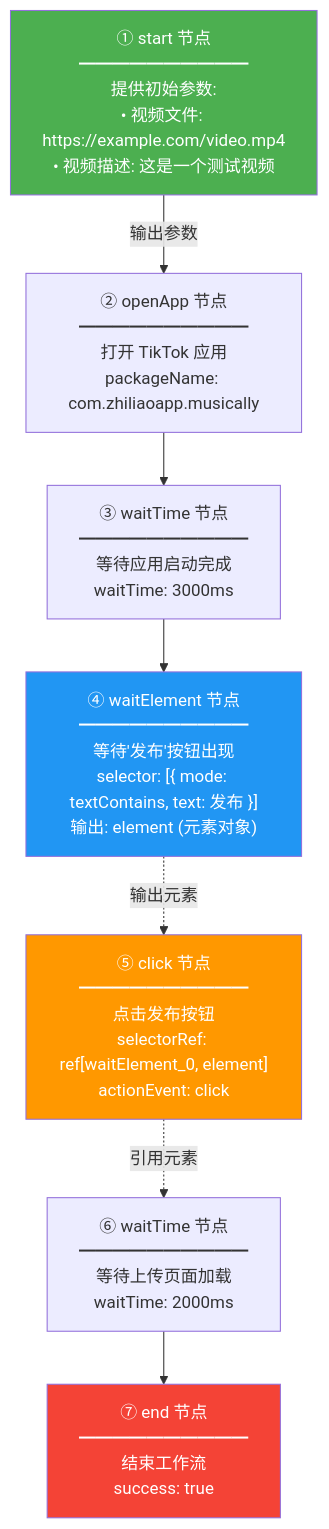
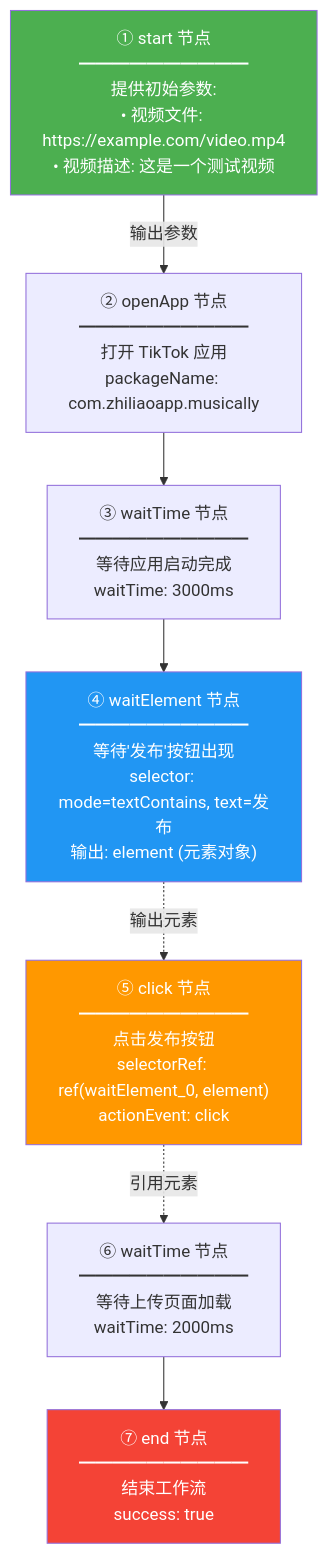
One commit to zhaotoday/flow changed the fifth of 11 diagrams in README1.md. Above: the diagram before and after it, drawn with Mermaid. The commit also changed other lines of this file, not shown here.

````diff
--- a/README1.md
+++ b/README1.md
@@ -284,28 +284,28 @@
 ```mermaid
 flowchart TD
     Start["① start 节点<br/>━━━━━━━━━━<br/>提供初始参数:<br/>• 视频文件: https://example.com/video.mp4<br/>• 视频描述: 这是一个测试视频"]
     
     OpenApp["② openApp 节点<br/>━━━━━━━━━━<br/>打开 TikTok 应用<br/>packageName: com.zhiliaoapp.musically"]
     
     Wait1["③ waitTime 节点<br/>━━━━━━━━━━<br/>等待应用启动完成<br/>waitTime: 3000ms"]
     
-    WaitElem["④ waitElement 节点<br/>━━━━━━━━━━<br/>等待'发布'按钮出现<br/>selector: [{ mode: textContains, text: 发布 }]<br/>输出: element (元素对象)"]
+    WaitElem["④ waitElement 节点<br/>━━━━━━━━━━<br/>等待'发布'按钮出现<br/>selector: mode=textContains, text=发布<br/>输出: element (元素对象)"]
     
-    Click["⑤ click 节点<br/>━━━━━━━━━━<br/>点击发布按钮<br/>selectorRef: ref[waitElement_0, element]<br/>actionEvent: click"]
+    Click["⑤ click 节点<br/>━━━━━━━━━━<br/>点击发布按钮<br/>selectorRef: ref(waitElement_0, element)<br/>actionEvent: click"]
     
     Wait2["⑥ waitTime 节点<br/>━━━━━━━━━━<br/>等待上传页面加载<br/>waitTime: 2000ms"]
     
     End["⑦ end 节点<br/>━━━━━━━━━━<br/>结束工作流<br/>success: true"]
     
     Start -->|输出参数| OpenApp
     OpenApp --> Wait1
     Wait1 --> WaitElem
     WaitElem -.->|输出元素| Click
     Click -.->|引用元素| Wait2
     Wait2 --> End
     
     style Start fill:#4caf50,color:#fff
     style End fill:#f44336,color:#fff
     style WaitElem fill:#2196f3,color:#fff
     style Click fill:#ff9800,color:#fff
 ```
````
